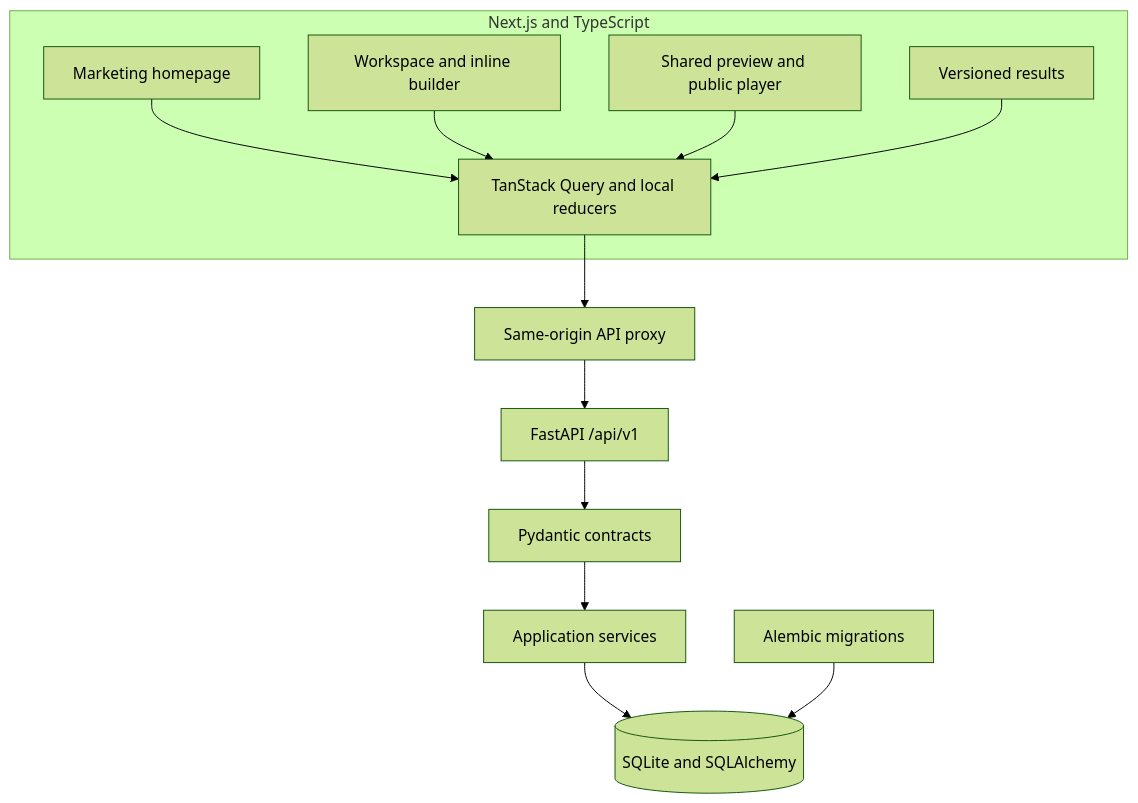
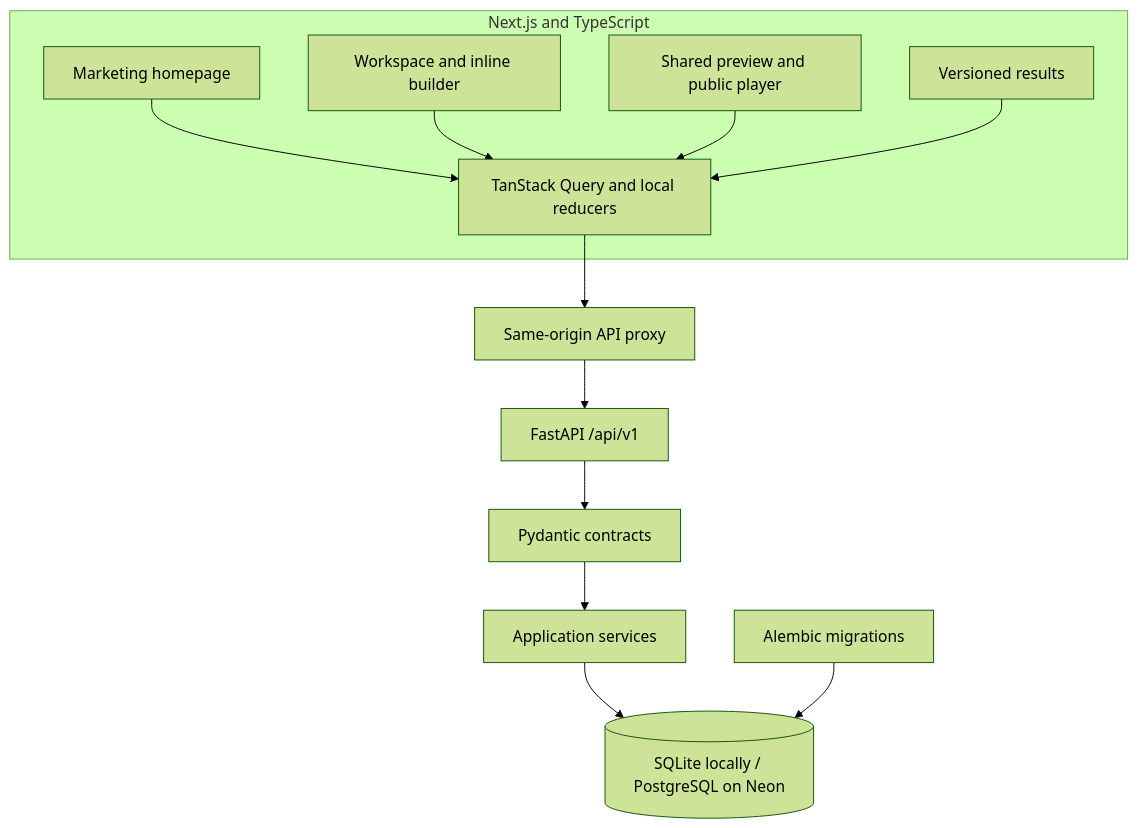
Before and after one commit to Gupta2708/Typeform-clone: the second of 2 diagrams in README.md, drawn with Mermaid (forest theme). The commit also changed other lines of this file and 24 other files, not shown here.

Commit message:
feat: add PostgreSQL support and deployment setup

````diff
--- a/README.md
+++ b/README.md
@@ -135,20 +138,20 @@
 ```mermaid
 flowchart TB
     subgraph UI[Next.js and TypeScript]
         H[Marketing homepage]
         W[Workspace and inline builder]
         P[Shared preview and public player]
         R[Versioned results]
         Q[TanStack Query and local reducers]
         H --> Q
         W --> Q
         P --> Q
         R --> Q
     end
     Q --> X[Same-origin API proxy]
     X --> A[FastAPI /api/v1]
     A --> C[Pydantic contracts]
     C --> S[Application services]
-    S --> D[(SQLite and SQLAlchemy)]
+    S --> D[(SQLite locally / PostgreSQL on Neon)]
     M[Alembic migrations] --> D
 ```
````
